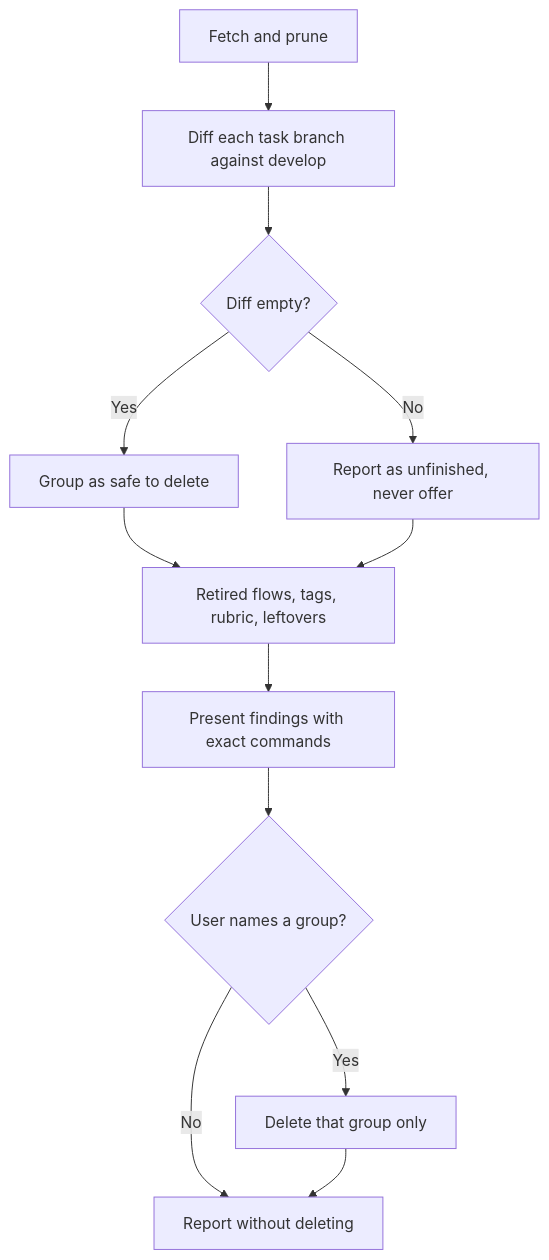
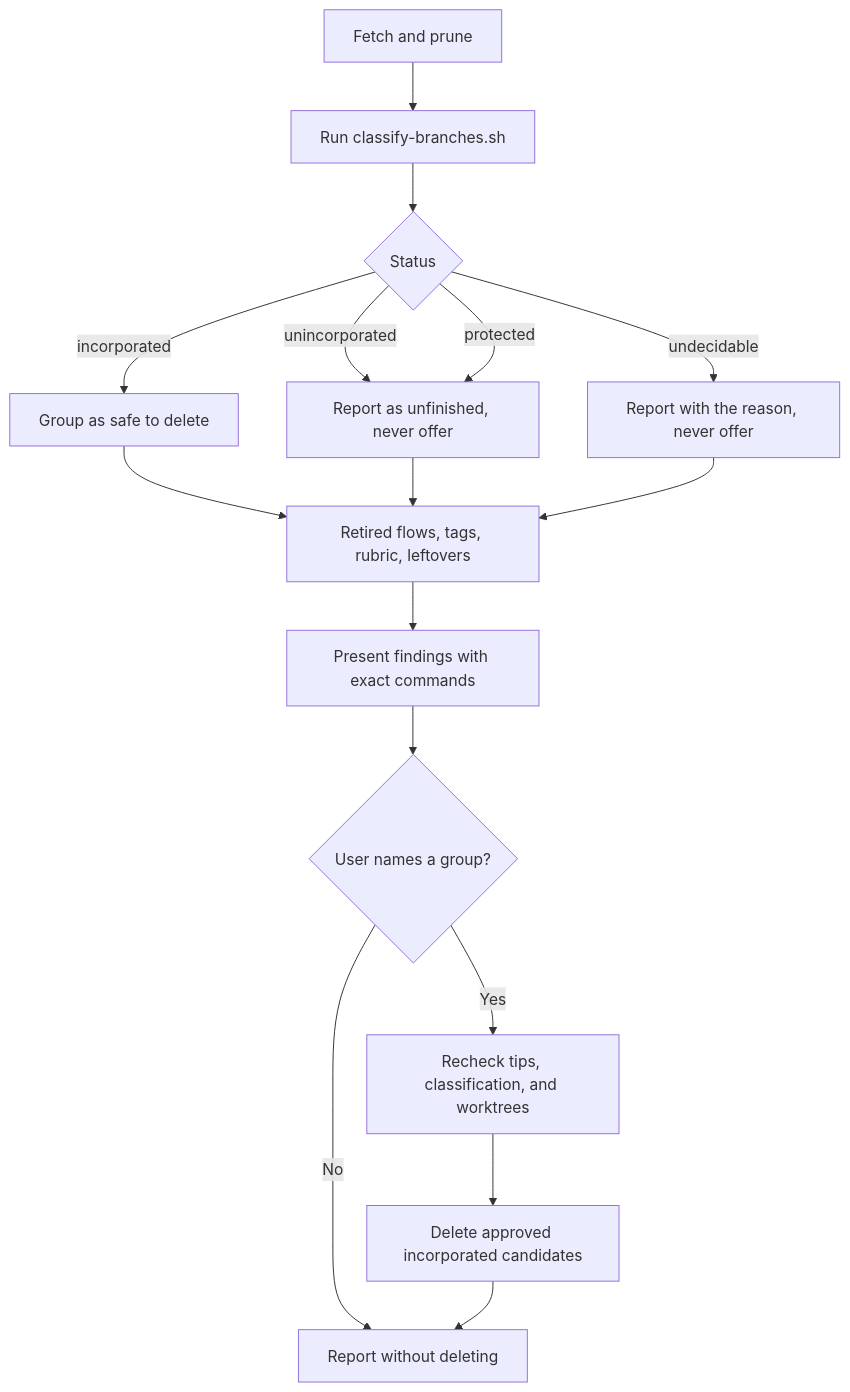
Before and after one commit to 0x0w1/jig: the diagram in docs/en/skills/repo-hygiene.md, drawn with Mermaid. The commit also changed other lines of this file and 71 other files, not shown here.

````diff
--- a/docs/en/skills/repo-hygiene.md
+++ b/docs/en/skills/repo-hygiene.md
@@ -36,14 +39,18 @@
 ```mermaid
 flowchart TD
-    Fetch[Fetch and prune] --> Classify[Diff each task branch against develop]
-    Classify --> Shipped{Diff empty?}
-    Shipped -- Yes --> Offer[Group as safe to delete]
-    Shipped -- No --> Keep[Report as unfinished, never offer]
+    Fetch[Fetch and prune] --> Classify[Run classify-branches.sh]
+    Classify --> Status{Status}
+    Status -- incorporated --> Offer[Group as safe to delete]
+    Status -- unincorporated --> Keep[Report as unfinished, never offer]
+    Status -- protected --> Keep
+    Status -- undecidable --> Unknown[Report with the reason, never offer]
     Offer --> Other[Retired flows, tags, rubric, leftovers]
     Keep --> Other
+    Unknown --> Other
     Other --> Present[Present findings with exact commands]
     Present --> Confirm{User names a group?}
-    Confirm -- Yes --> Delete[Delete that group only]
+    Confirm -- Yes --> Recheck[Recheck tips, classification, and worktrees]
+    Recheck --> Delete[Delete approved incorporated candidates]
     Confirm -- No --> Report[Report without deleting]
     Delete --> Report
 ```
````
